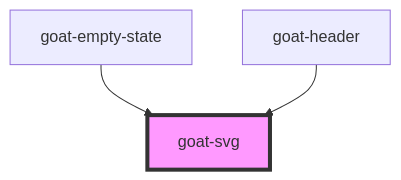
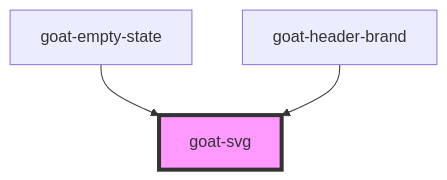
One commit to goatui/components changed the diagram in src/components/content/svg/readme.md. Above: the diagram before and after it, drawn with Mermaid. The commit also changed other lines of this file and 8 other files, not shown here.

````diff
--- a/src/components/content/svg/readme.md
+++ b/src/components/content/svg/readme.md
@@ -23,6 +23,6 @@
 ```mermaid
 graph TD;
   goat-empty-state --> goat-svg
-  goat-header --> goat-svg
+  goat-header-brand --> goat-svg
   style goat-svg fill:#f9f,stroke:#333,stroke-width:4px
 ```
````
